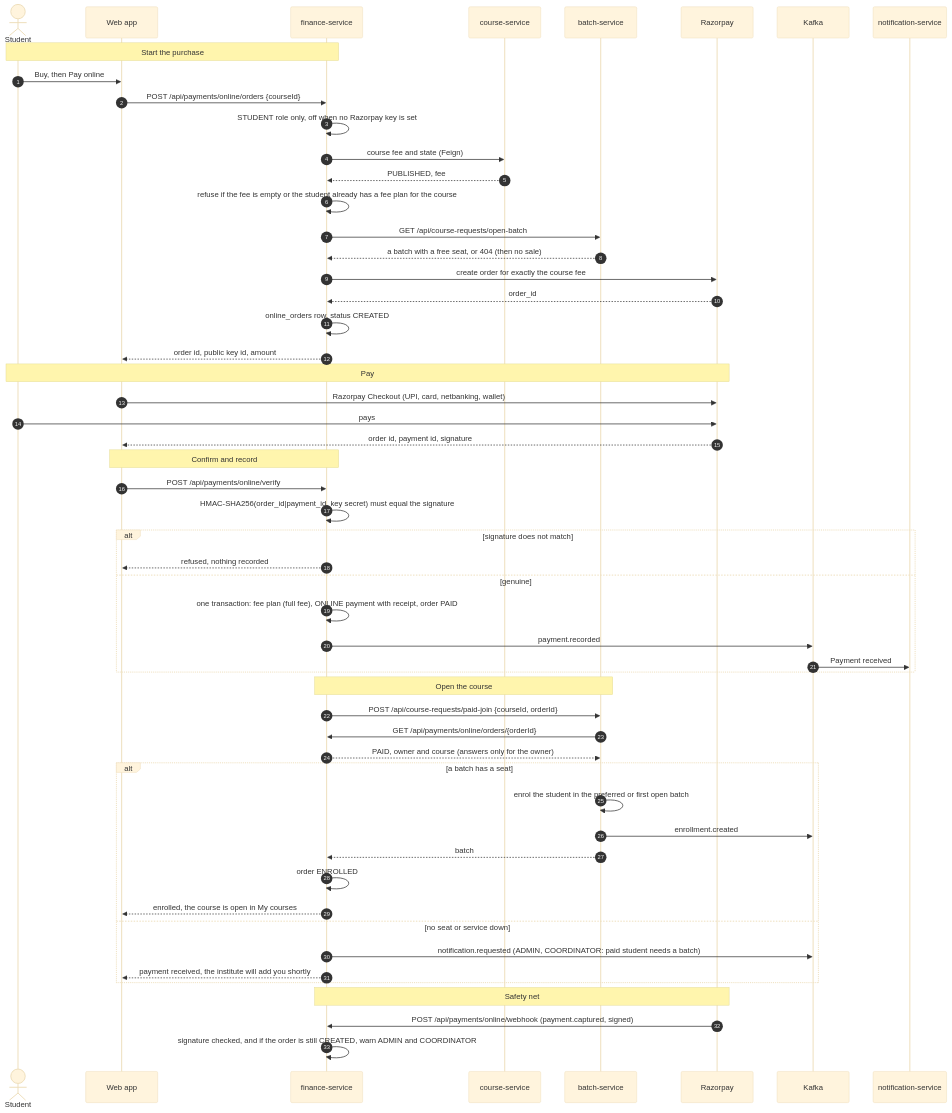
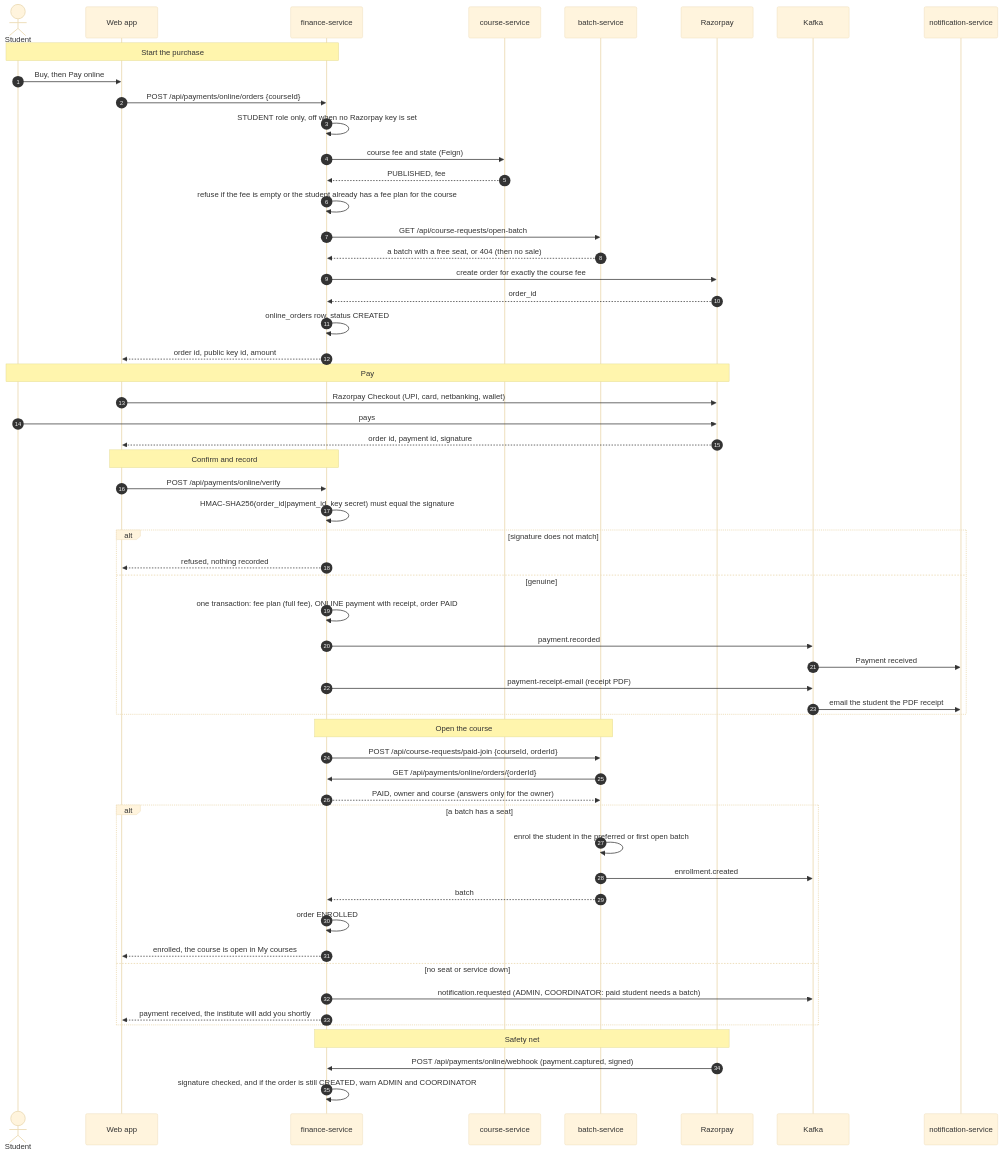
One commit to rohanrk2810/ITLMS changed the diagram in docs/34-online-payments.md. Above: the diagram before and after it, drawn with Mermaid (base theme). The commit also changed other lines of this file and 35 other files, not shown here.

Commit message:
Fees: the receipt is a PDF with the institute logo watermark, full address and contact, emailed to the student after every payment and downloadable from the portal

````diff
--- a/docs/34-online-payments.md
+++ b/docs/34-online-payments.md
@@ -17,61 +17,63 @@
 ```mermaid
 sequenceDiagram
     autonumber
     actor S as Student
     participant FE as Web app
     participant FN as finance-service
     participant CR as course-service
     participant BA as batch-service
     participant RZ as Razorpay
     participant K as Kafka
     participant NO as notification-service
 
     Note over S,FN: Start the purchase
     S->>FE: Buy, then Pay online
     FE->>FN: POST /api/payments/online/orders {courseId}
     FN->>FN: STUDENT role only, off when no Razorpay key is set
     FN->>CR: course fee and state (Feign)
     CR-->>FN: PUBLISHED, fee
     FN->>FN: refuse if the fee is empty or the student already has a fee plan for the course
     FN->>BA: GET /api/course-requests/open-batch
     BA-->>FN: a batch with a free seat, or 404 (then no sale)
     FN->>RZ: create order for exactly the course fee
     RZ-->>FN: order_id
     FN->>FN: online_orders row, status CREATED
     FN-->>FE: order id, public key id, amount
 
     Note over S,RZ: Pay
     FE->>RZ: Razorpay Checkout (UPI, card, netbanking, wallet)
     S->>RZ: pays
     RZ-->>FE: order id, payment id, signature
 
     Note over FE,FN: Confirm and record
     FE->>FN: POST /api/payments/online/verify
     FN->>FN: HMAC-SHA256(order_id|payment_id, key secret) must equal the signature
     alt signature does not match
         FN-->>FE: refused, nothing recorded
     else genuine
         FN->>FN: one transaction: fee plan (full fee), ONLINE payment with receipt, order PAID
         FN->>K: payment.recorded
         K->>NO: Payment received
+        FN->>K: payment-receipt-email (receipt PDF)
+        K->>NO: email the student the PDF receipt
     end
 
     Note over FN,BA: Open the course
     FN->>BA: POST /api/course-requests/paid-join {courseId, orderId}
     BA->>FN: GET /api/payments/online/orders/{orderId}
     FN-->>BA: PAID, owner and course (answers only for the owner)
     alt a batch has a seat
         BA->>BA: enrol the student in the preferred or first open batch
         BA->>K: enrollment.created
         BA-->>FN: batch
         FN->>FN: order ENROLLED
         FN-->>FE: enrolled, the course is open in My courses
     else no seat or service down
         FN->>K: notification.requested (ADMIN, COORDINATOR: paid student needs a batch)
         FN-->>FE: payment received, the institute will add you shortly
     end
 
     Note over RZ,FN: Safety net
     RZ->>FN: POST /api/payments/online/webhook (payment.captured, signed)
     FN->>FN: signature checked, and if the order is still CREATED, warn ADMIN and COORDINATOR
 ```
````
